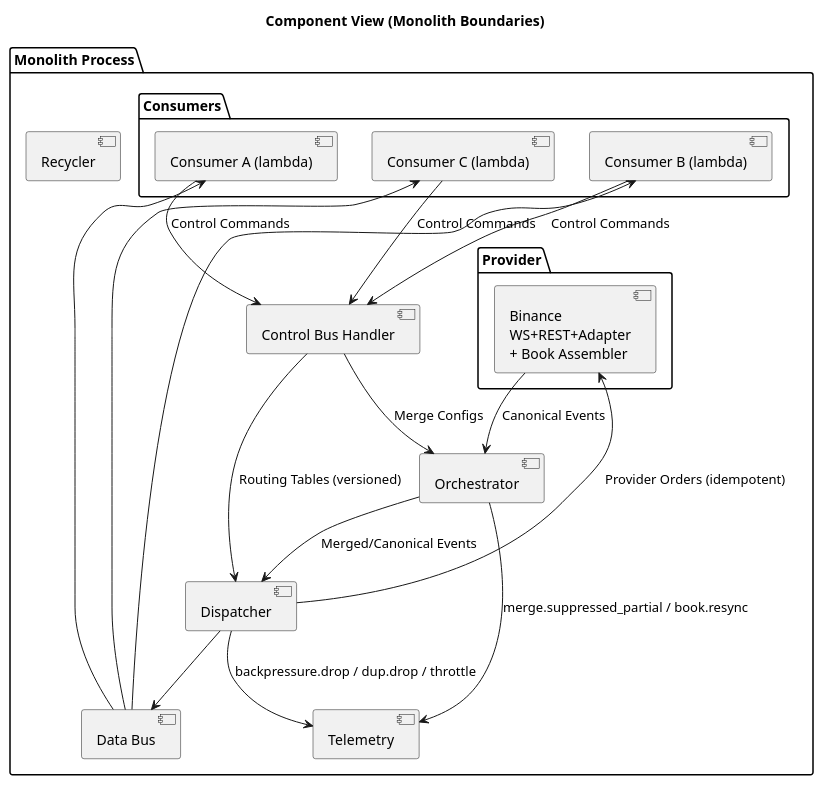
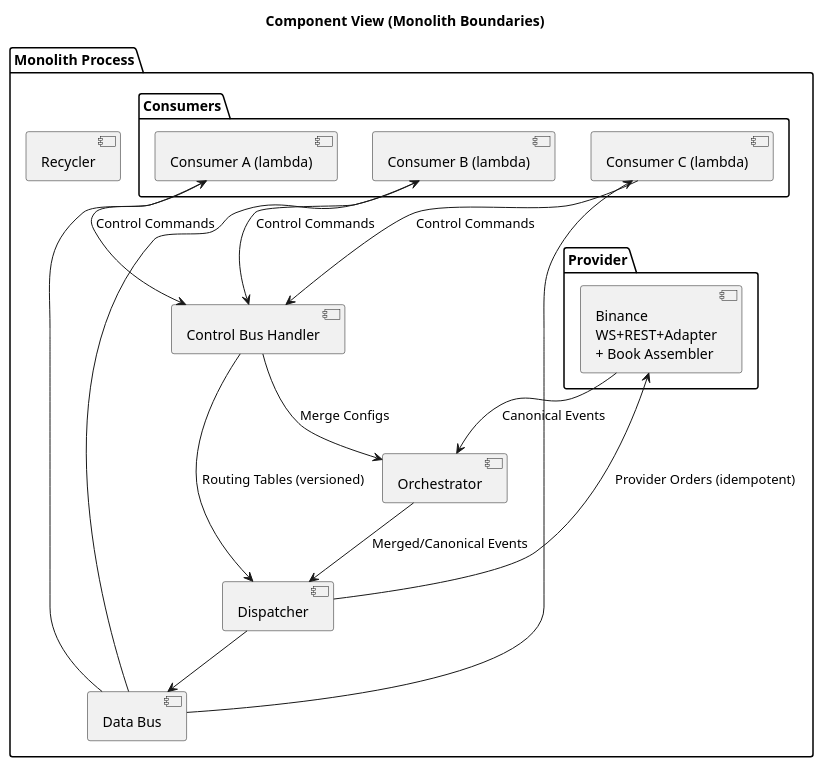
Before and after one commit to coachpo/meltica: the diagram in docs/diagrams/component-view.puml, drawn with PlantUML. The commit also changed 25 other files, not shown here.

```diff
--- a/docs/diagrams/component-view.puml
+++ b/docs/diagrams/component-view.puml
@@ -1,40 +1,36 @@
 @startuml
 title Component View (Monolith Boundaries)
 
 package "Monolith Process" {
   [Control Bus Handler] as Ctrl
   [Orchestrator] as Orc
   [Dispatcher] as Disp
   [Data Bus] as DBus
-  [Telemetry] as Tlm
   [Recycler] as Recycler
 
   package "Provider" {
     component "Binance\nWS+REST+Adapter\n+ Book Assembler" as PO
   }
 
   package "Consumers" {
     component "Consumer A (lambda)" as CA
     component "Consumer B (lambda)" as CB
     component "Consumer C (lambda)" as CC
   }
 }
 
 PO --> Orc : Canonical Events
 Orc --> Disp : Merged/Canonical Events
 Disp --> DBus
 DBus --> CA
 DBus --> CB
 DBus --> CC
 
 CA --> Ctrl : Control Commands
 CB --> Ctrl : Control Commands
 CC --> Ctrl : Control Commands
 Ctrl --> Orc : Merge Configs
 Ctrl --> Disp : Routing Tables (versioned)
 
 Disp --> PO : Provider Orders (idempotent)
-
-Orc --> Tlm : merge.suppressed_partial / book.resync
-Disp --> Tlm : backpressure.drop / dup.drop / throttle
 @enduml
```
